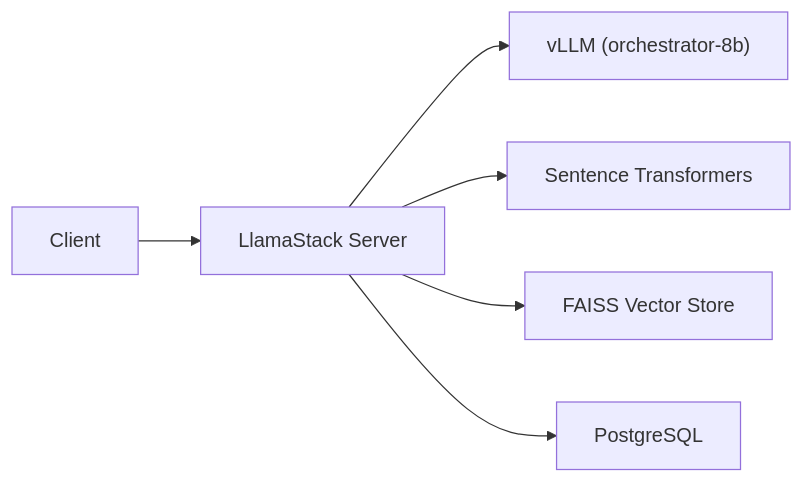
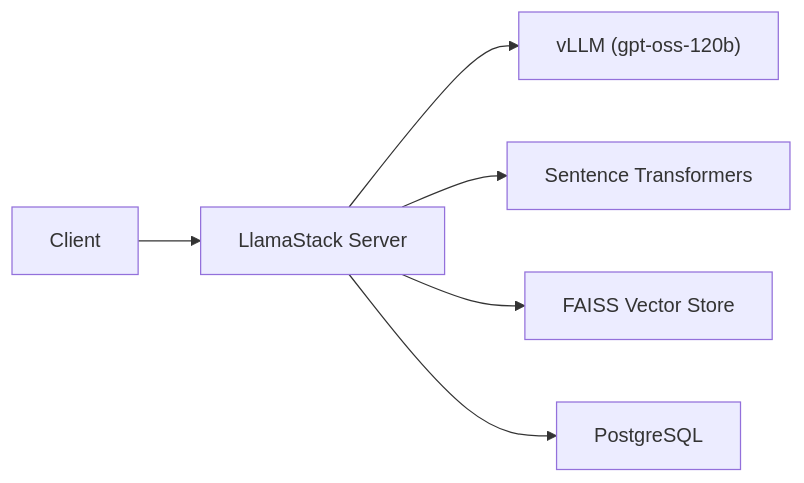
One commit to rrbanda/rhoai-deploy-gitops changed the second of 2 diagrams in docs/usecases/llamastack.md. Above: the diagram before and after it, drawn with Mermaid. The commit also changed other lines of this file and 1 other file, not shown here.

````diff
--- a/docs/usecases/llamastack.md
+++ b/docs/usecases/llamastack.md
@@ -34,8 +34,8 @@
 ```mermaid
 graph LR
   Client["Client"] --> LS["LlamaStack Server"]
-  LS --> vLLM["vLLM (orchestrator-8b)"]
+  LS --> vLLM["vLLM (gpt-oss-120b)"]
   LS --> Embed["Sentence Transformers"]
   LS --> FAISS["FAISS Vector Store"]
   LS --> PG["PostgreSQL"]
 ```
````
